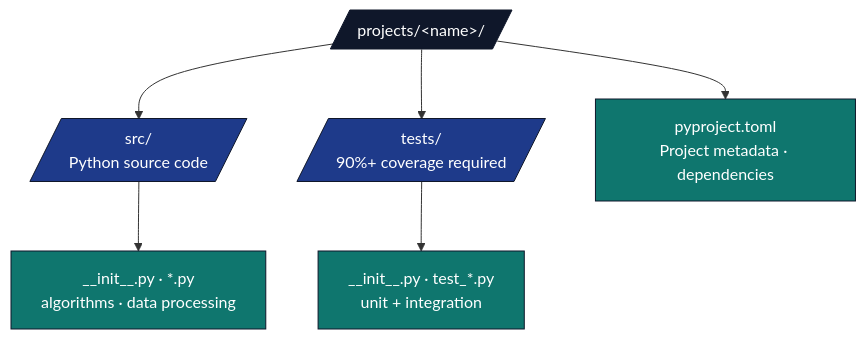
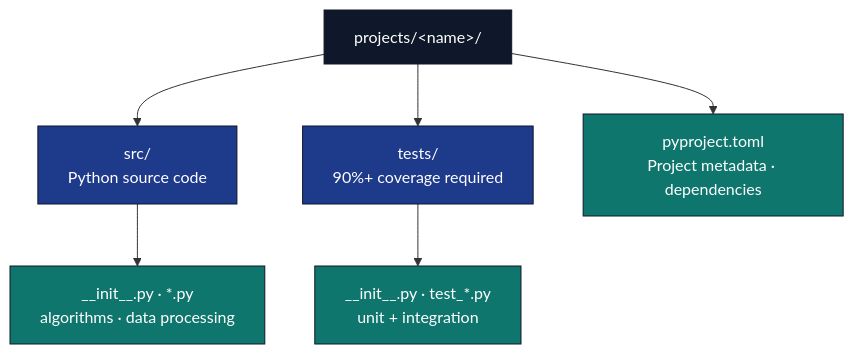
Before and after one commit to docxology/template: the second of 7 diagrams in projects/AGENTS.md, drawn with Mermaid. The commit also changed other lines of this file and 94 other files, not shown here.

````diff
--- a/projects/AGENTS.md
+++ b/projects/AGENTS.md
@@ -160,17 +160,17 @@
 ```mermaid
 flowchart TB
-    P[/projects/&lt;name&gt;//]
-    P --> SRC[/src/<br/>Python source code/]
-    P --> T[/tests/<br/>90%+ coverage required/]
+    P[projects/&lt;name&gt;/]
+    P --> SRC[src/<br/>Python source code]
+    P --> T[tests/<br/>90%+ coverage required]
     P --> PY[pyproject.toml<br/>Project metadata · dependencies]
 
     SRC --> SRC_F[__init__.py · *.py<br/>algorithms · data processing]
     T --> T_F[__init__.py · test_*.py<br/>unit + integration]
 
     classDef d fill:#0f172a,stroke:#0f172a,color:#fff
     classDef pkg fill:#1e3a8a,stroke:#0f172a,color:#fff
     classDef f fill:#0f766e,stroke:#0f172a,color:#fff
     class P d
     class SRC,T pkg
     class SRC_F,T_F,PY f
 ```
````
